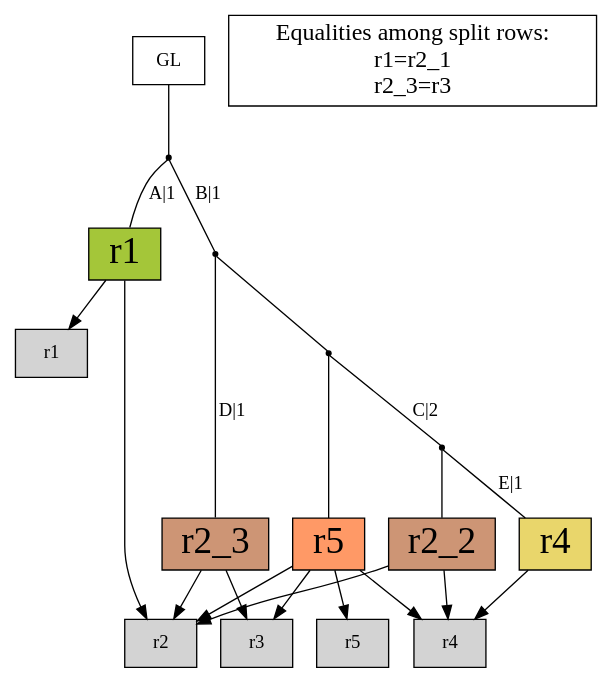
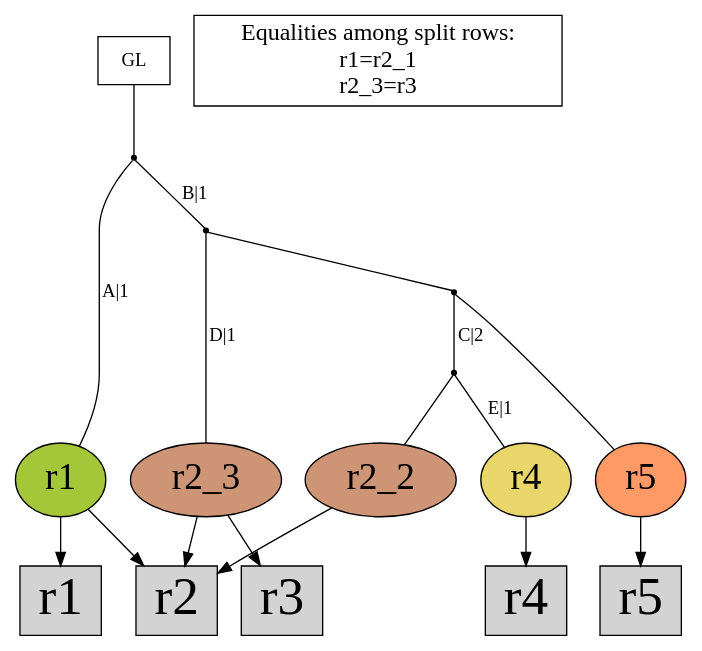
The diagram in ExamplesReadMe/matrix_RS/matrix_ip_tree.dot (zhero9/MIPUP), drawn with Graphviz before and after one commit. The commit also changed 1 other file, not shown here.

```diff
--- a/ExamplesReadMe/matrix_RS/matrix_ip_tree.dot
+++ b/ExamplesReadMe/matrix_RS/matrix_ip_tree.dot
@@ -1,36 +1,33 @@
 digraph {
-rowr1[label="r1",shape=box,style=filled];rowr2[label="r2",shape=box,style=filled];rowr3[label="r3",shape=box,style=filled];rowr4[label="r4",shape=box,style=filled];rowr5[label="r5",shape=box,style=filled];r1[label="r1",shape=box,style=filled,fontsize=28,fillcolor="#a4c639"];
+rowr1[label="r1",shape=box,style=filled,fontsize=40];rowr2[label="r2",shape=box,style=filled,fontsize=40];rowr3[label="r3",shape=box,style=filled,fontsize=40];rowr4[label="r4",shape=box,style=filled,fontsize=40];rowr5[label="r5",shape=box,style=filled,fontsize=40];r1[label="r1",shape=oval,style=filled,fontsize=28,fillcolor="#a4c639"];
+r2_2[label="r2_2",shape=oval,style=filled,fontsize=28,fillcolor="#cd9575"];
+r2_3[label="r2_3",shape=oval,style=filled,fontsize=28,fillcolor="#cd9575"];
+r4[label="r4",shape=oval,style=filled,fontsize=28,fillcolor="#e9d66b"];
+r5[label="r5",shape=oval,style=filled,fontsize=28,fillcolor="#ff9966"];
 r1 -> rowr1[arrowhead="normal"];
 r1 -> rowr2[arrowhead="normal"];
-r2_2[label="r2_2",shape=box,style=filled,fontsize=28,fillcolor="#cd9575"];
 r2_2 -> rowr2[arrowhead="normal"];
-r2_2 -> rowr4[arrowhead="normal"];
-r2_3[label="r2_3",shape=box,style=filled,fontsize=28,fillcolor="#cd9575"];
 r2_3 -> rowr2[arrowhead="normal"];
 r2_3 -> rowr3[arrowhead="normal"];
-r4[label="r4",shape=box,style=filled,fontsize=28,fillcolor="#e9d66b"];
 r4 -> rowr4[arrowhead="normal"];
-r5[label="r5",shape=box,style=filled,fontsize=28,fillcolor="#ff9966"];
-r5 -> rowr2[arrowhead="normal"];
-r5 -> rowr3[arrowhead="normal"];
-r5 -> rowr4[arrowhead="normal"];
 r5 -> rowr5[arrowhead="normal"];
+{rank = same;r1;r2_2;r2_3;r4;r5;}
 legend[label="Equalities among split rows:
 r1=r2_1
 r2_3=r3
 ",shape=box,fontsize=18];
 Int1[shape=point,style=filled,fillcolor=black,label=""];
 Int1 -> r2_2[arrowhead=none, label=""];
 Int1 -> r4[arrowhead=none, label="E|1"];
 Int2[shape=point,style=filled,fillcolor=black,label=""];
 Int2 -> r5[arrowhead=none, label=""];
 Int2 -> Int1[arrowhead=none, label="C|2"];
 Int3[shape=point,style=filled,fillcolor=black,label=""];
 Int3 -> r2_3[arrowhead=none, label="D|1"];
 Int3 -> Int2[arrowhead=none, label=""];
 Int4[shape=point,style=filled,fillcolor=black,label=""];
 Int4 -> r1[arrowhead=none, label="A|1"];
 Int4 -> Int3[arrowhead=none, label="B|1"];
 GL[label="GL",shape=box,style=filled,fillcolor=white];
 GL -> Int4[arrowhead=none, label=""];
 }
```
